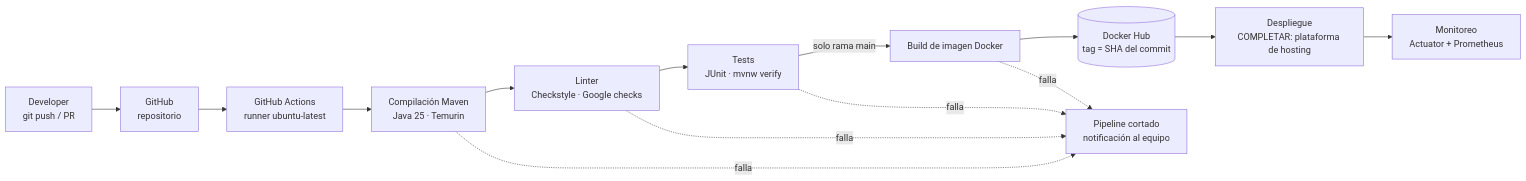
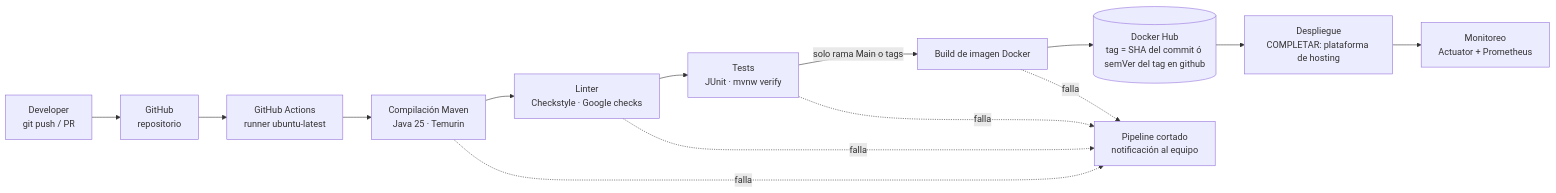
Before and after one commit to Devops-G5/tp-devops: the diagram in docs/informe_tecnico.md, drawn with Mermaid. The commit also changed other lines of this file and 1 other file, not shown here.

````diff
--- a/docs/informe_tecnico.md
+++ b/docs/informe_tecnico.md
@@ -25,17 +25,17 @@
 ```mermaid
 flowchart LR
     A[Developer<br/>git push / PR] --> B[GitHub<br/>repositorio]
     B --> C[GitHub Actions<br/>runner ubuntu-latest]
     C --> D[Compilación Maven<br/>Java 25 · Temurin]
     D --> E[Linter<br/>Checkstyle · Google checks]
     E --> F[Tests<br/>JUnit · mvnw verify]
-    F -->|solo rama main| G[Build de imagen Docker]
-    G --> H[(Docker Hub<br/>tag = SHA del commit)]
+    F -->|solo rama Main o tags| G[Build de imagen Docker]
+    G --> H[(Docker Hub<br/>tag = SHA del commit ó semVer del tag en github)]
     H --> I[Despliegue<br/>COMPLETAR: plataforma de hosting]
     I --> J[Monitoreo<br/>Actuator + Prometheus]
 
     D -. falla .-> X[Pipeline cortado<br/>notificación al equipo]
     E -. falla .-> X
     F -. falla .-> X
     G -. falla .-> X
 ```
````
